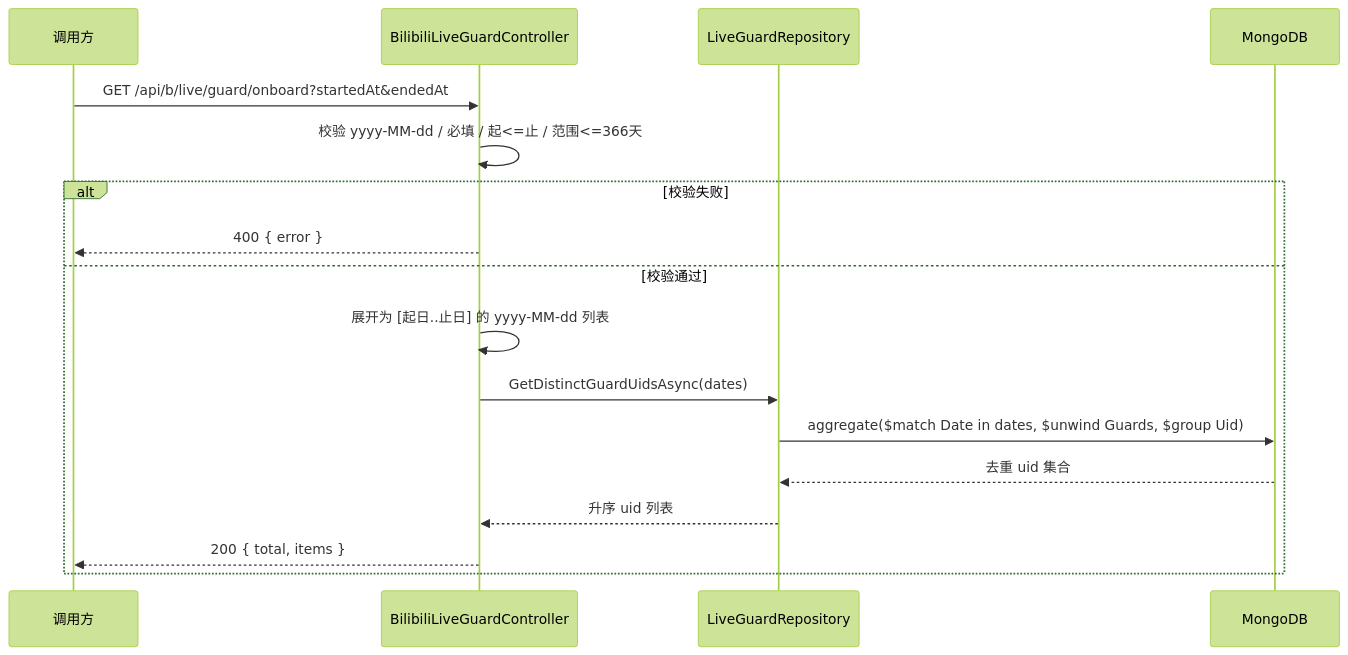
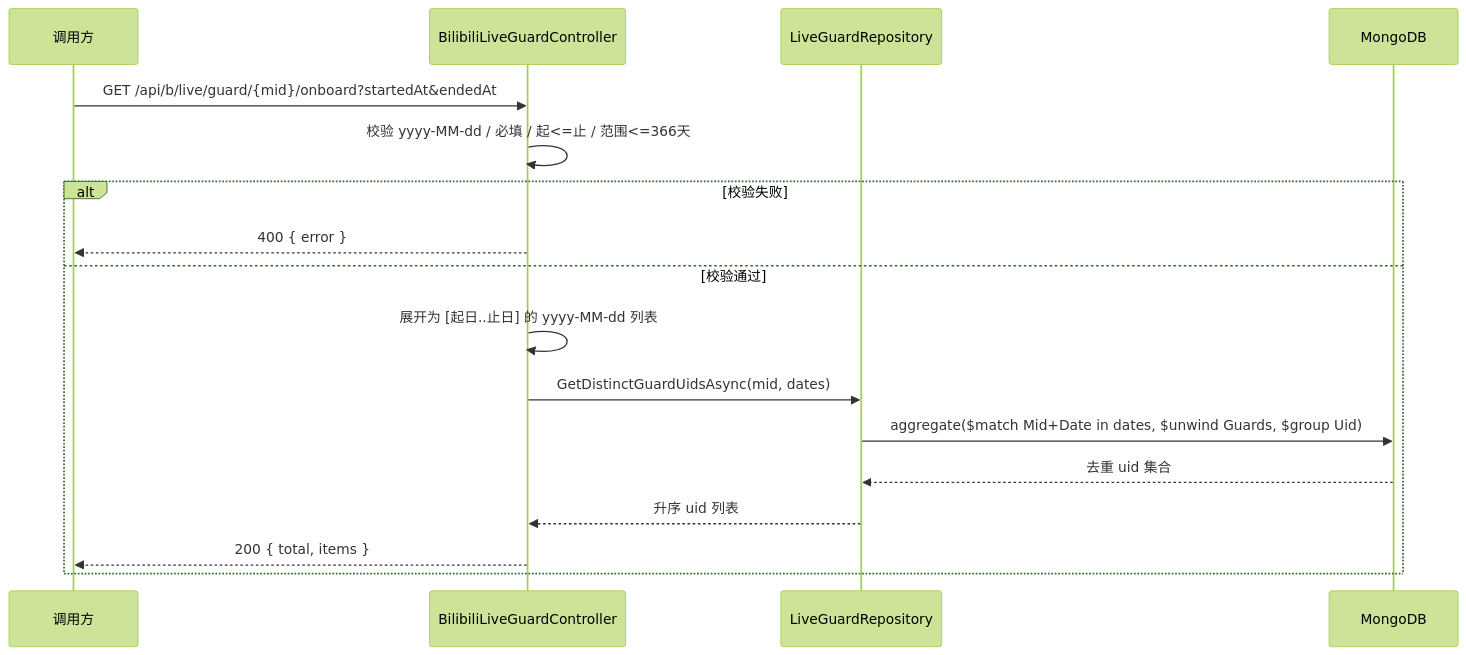
The third of 3 diagrams in docs/engineering/proposals/20260903-proposal-live-guard-onboard-query.md (Deliay/z-vtuber), drawn with Mermaid (forest theme) before and after one commit. The commit also changed other lines of this file and 1 other file, not shown here.

Commit message:
docs: scope onboard guard query to a specific mid path param

````diff
--- a/docs/engineering/proposals/20260903-proposal-live-guard-onboard-query.md
+++ b/docs/engineering/proposals/20260903-proposal-live-guard-onboard-query.md
@@ -140,20 +142,20 @@
 ```mermaid
 sequenceDiagram
     participant U as 调用方
     participant A as BilibiliLiveGuardController
     participant R as LiveGuardRepository
     participant D as MongoDB
 
-    U->>A: GET /api/b/live/guard/onboard?startedAt&endedAt
+    U->>A: GET /api/b/live/guard/{mid}/onboard?startedAt&endedAt
     A->>A: 校验 yyyy-MM-dd / 必填 / 起<=止 / 范围<=366天
     alt 校验失败
         A-->>U: 400 { error }
     else 校验通过
         A->>A: 展开为 [起日..止日] 的 yyyy-MM-dd 列表
-        A->>R: GetDistinctGuardUidsAsync(dates)
-        R->>D: aggregate($match Date in dates, $unwind Guards, $group Uid)
+        A->>R: GetDistinctGuardUidsAsync(mid, dates)
+        R->>D: aggregate($match Mid+Date in dates, $unwind Guards, $group Uid)
         D-->>R: 去重 uid 集合
         R-->>A: 升序 uid 列表
         A-->>U: 200 { total, items }
     end
 ```
````
